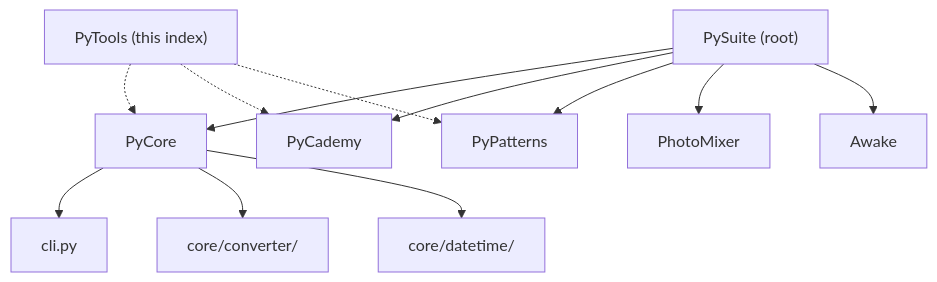
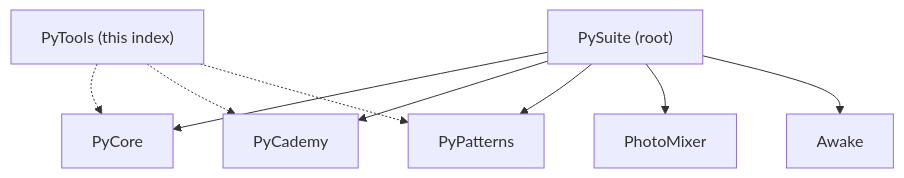
One commit to rslakra/PySuite changed the diagram in PyTools/README.md. Above: the diagram before and after it, drawn with Mermaid. The commit also changed other lines of this file and 95 other files, not shown here.

````diff
--- a/PyTools/README.md
+++ b/PyTools/README.md
@@ -178,17 +196,13 @@
 ```mermaid
 flowchart TB
   Root["PySuite (root)"]
   Root --> PyCore
   Root --> PyCademy
   Root --> PyPatterns
   Root --> PhotoMixer
   Root --> Awake
 
   PyTools["PyTools (this index)"] -.-> PyCore
   PyTools -.-> PyCademy
   PyTools -.-> PyPatterns
-
-  PyCore --> CLI["cli.py"]
-  PyCore --> Conv["core/converter/"]
-  PyCore --> Time["core/datetime/"]
 ```
````
